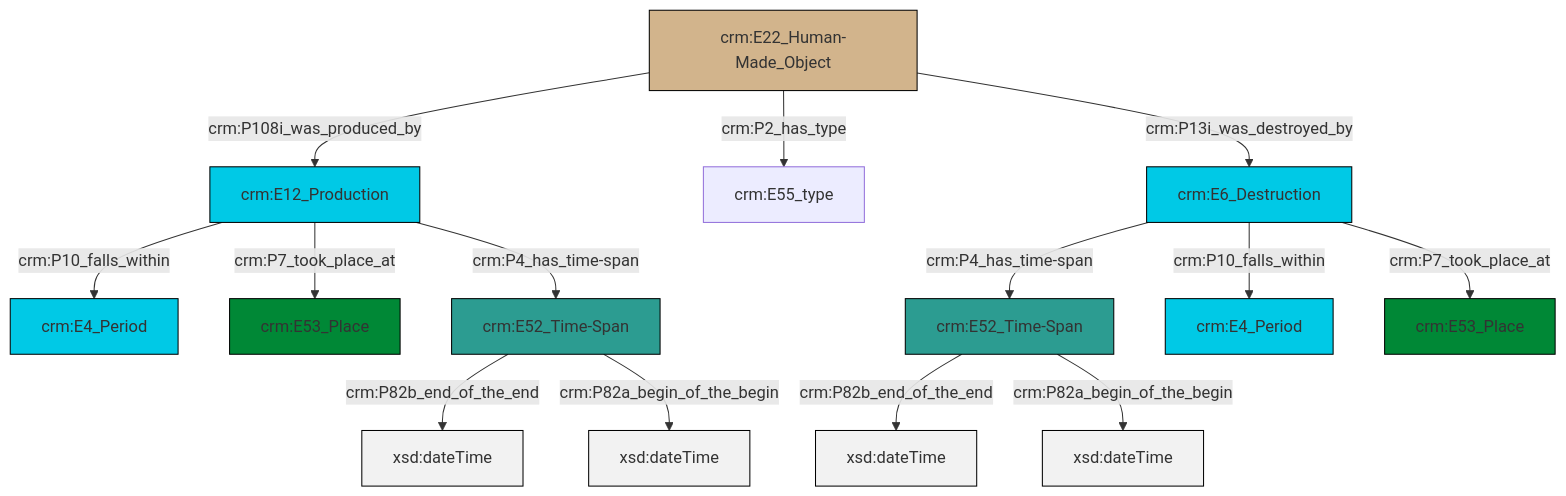
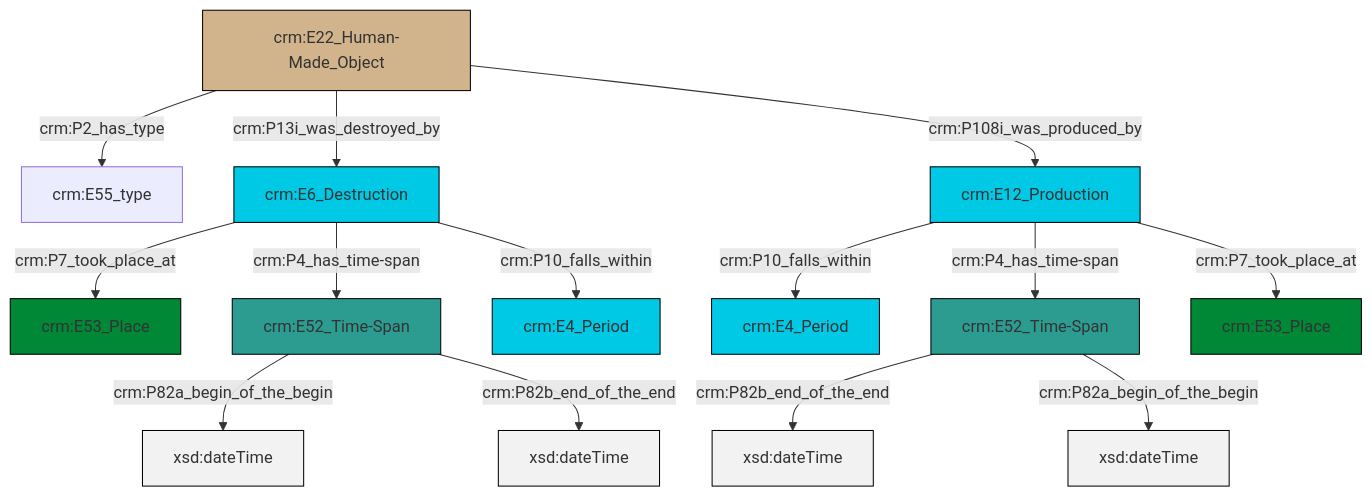
One commit to swiss-art-research-net/docs.swissartresearch changed the diagram in et/artworkCSV/ttl/mmd/Artwork_Existence.ttl.mmd. Above: the diagram before and after it, drawn with Mermaid. The commit also changed 177 other files, not shown here.

```diff
--- a/et/artworkCSV/ttl/mmd/Artwork_Existence.ttl.mmd
+++ b/et/artworkCSV/ttl/mmd/Artwork_Existence.ttl.mmd
@@ -1,28 +1,28 @@
 graph TD
 classDef Literal fill:#f2f2f2,stroke:#000000;
 classDef CRM_Entity fill:#FFFFFF,stroke:#000000;
 classDef Temporal_Entity fill:#00C9E6, stroke:#000000;
 classDef Type fill:#E18312, stroke:#000000;
 classDef Time-Span fill:#2C9C91, stroke:#000000;
 classDef Appellation fill:#FFEB7F, stroke:#000000;
 classDef Place fill:#008836, stroke:#000000;
 classDef Persistent_Item fill:#B266B2, stroke:#000000;
 classDef Conceptual_Object fill:#FFD700, stroke:#000000;
 classDef Physical_Thing fill:#D2B48C, stroke:#000000;
 classDef Actor fill:#f58aad, stroke:#000000;
 classDef PC_Classes fill:#4ce600, stroke:#000000;
 classDef Multi fill:#cccccc,stroke:#000000;
 
-2["crm:E22_Human-Made_Object"]:::Physical_Thing -->|crm:P108i_was_produced_by| 3["crm:E12_Production"]:::Temporal_Entity
-6["crm:E6_Destruction"]:::Temporal_Entity -->|crm:P4_has_time-span| 4["crm:E52_Time-Span"]:::Time-Span
-0["crm:E52_Time-Span"]:::Time-Span -->|crm:P82b_end_of_the_end| 7[xsd:dateTime]:::Literal
-4["crm:E52_Time-Span"]:::Time-Span -->|crm:P82b_end_of_the_end| 10[xsd:dateTime]:::Literal
-0["crm:E52_Time-Span"]:::Time-Span -->|crm:P82a_begin_of_the_begin| 13[xsd:dateTime]:::Literal
-3["crm:E12_Production"]:::Temporal_Entity -->|crm:P10_falls_within| 14["crm:E4_Period"]:::Temporal_Entity
-6["crm:E6_Destruction"]:::Temporal_Entity -->|crm:P10_falls_within| 15["crm:E4_Period"]:::Temporal_Entity
-6["crm:E6_Destruction"]:::Temporal_Entity -->|crm:P7_took_place_at| 18["crm:E53_Place"]:::Place
-3["crm:E12_Production"]:::Temporal_Entity -->|crm:P7_took_place_at| 11["crm:E53_Place"]:::Place
-2["crm:E22_Human-Made_Object"]:::Physical_Thing -->|crm:P2_has_type| 8["crm:E55_type"]:::Default
-4["crm:E52_Time-Span"]:::Time-Span -->|crm:P82a_begin_of_the_begin| 21[xsd:dateTime]:::Literal
-2["crm:E22_Human-Made_Object"]:::Physical_Thing -->|crm:P13i_was_destroyed_by| 6["crm:E6_Destruction"]:::Temporal_Entity
-3["crm:E12_Production"]:::Temporal_Entity -->|crm:P4_has_time-span| 0["crm:E52_Time-Span"]:::Time-Span
+0["crm:E6_Destruction"]:::Temporal_Entity -->|crm:P7_took_place_at| 1["crm:E53_Place"]:::Place
+2["crm:E52_Time-Span"]:::Time-Span -->|crm:P82a_begin_of_the_begin| 6[xsd:dateTime]:::Literal
+2["crm:E52_Time-Span"]:::Time-Span -->|crm:P82b_end_of_the_end| 7[xsd:dateTime]:::Literal
+0["crm:E6_Destruction"]:::Temporal_Entity -->|crm:P4_has_time-span| 2["crm:E52_Time-Span"]:::Time-Span
+10["crm:E22_Human-Made_Object"]:::Physical_Thing -->|crm:P2_has_type| 11["crm:E55_type"]:::Default
+14["crm:E52_Time-Span"]:::Time-Span -->|crm:P82b_end_of_the_end| 15[xsd:dateTime]:::Literal
+12["crm:E12_Production"]:::Temporal_Entity -->|crm:P10_falls_within| 8["crm:E4_Period"]:::Temporal_Entity
+10["crm:E22_Human-Made_Object"]:::Physical_Thing -->|crm:P13i_was_destroyed_by| 0["crm:E6_Destruction"]:::Temporal_Entity
+14["crm:E52_Time-Span"]:::Time-Span -->|crm:P82a_begin_of_the_begin| 23[xsd:dateTime]:::Literal
+10["crm:E22_Human-Made_Object"]:::Physical_Thing -->|crm:P108i_was_produced_by| 12["crm:E12_Production"]:::Temporal_Entity
+12["crm:E12_Production"]:::Temporal_Entity -->|crm:P4_has_time-span| 14["crm:E52_Time-Span"]:::Time-Span
+0["crm:E6_Destruction"]:::Temporal_Entity -->|crm:P10_falls_within| 20["crm:E4_Period"]:::Temporal_Entity
+12["crm:E12_Production"]:::Temporal_Entity -->|crm:P7_took_place_at| 4["crm:E53_Place"]:::Place
```
